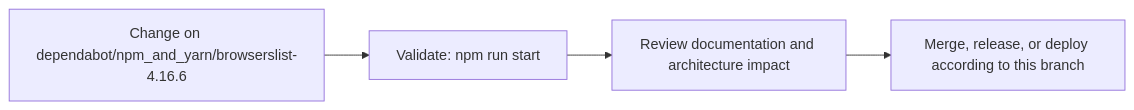
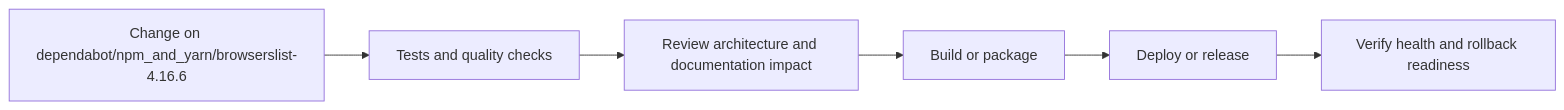
Before and after one commit to Nischhalsubba/wp_Theme_Ronal: the fourth of 5 diagrams in README.md, drawn with Mermaid. The commit also changed other lines of this file, not shown here.

````diff
--- a/README.md
+++ b/README.md
@@ -69,8 +145,8 @@
 ```mermaid
 flowchart LR
-    CHANGE["Change on dependabot/npm_and_yarn/browserslist-4.16.6"]
-    CHECK["Validate: npm run start"]
-    REVIEW["Review documentation and architecture impact"]
-    RELEASE["Merge, release, or deploy according to this branch"]
-    CHANGE --> CHECK --> REVIEW --> RELEASE
+    CHANGE["Change on dependabot/npm_and_yarn/browserslist-4.16.6"] --> CHECK["Tests and quality checks"]
+    CHECK --> REVIEW["Review architecture and documentation impact"]
+    REVIEW --> BUILD["Build or package"]
+    BUILD --> DEPLOY["Deploy or release"]
+    DEPLOY --> VERIFY["Verify health and rollback readiness"]
 ```
````
